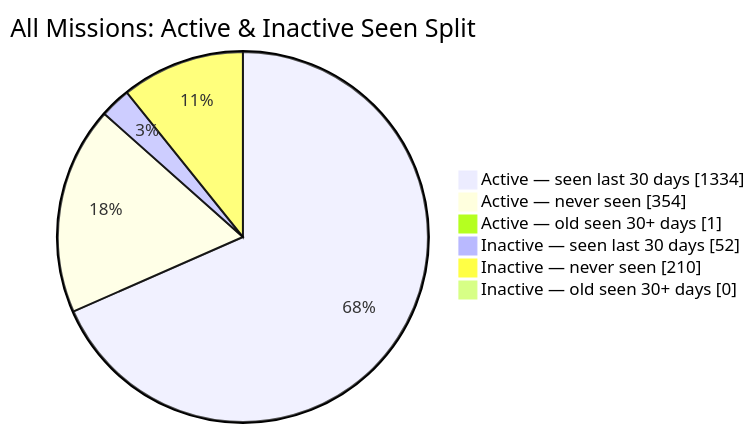
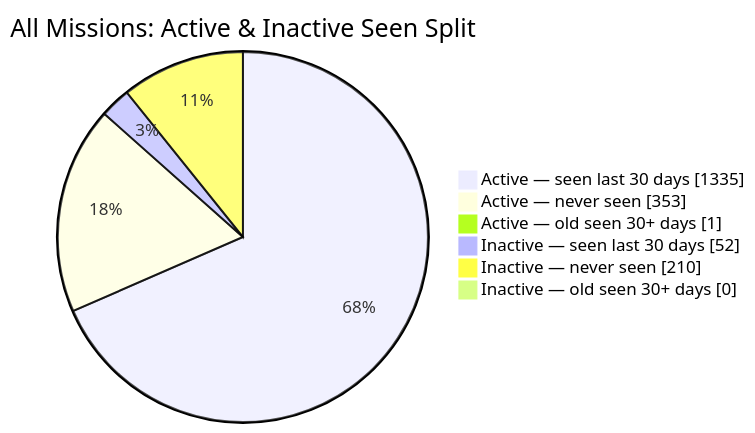
The second of 2 diagrams in README.md (MeldkamerspelGameTeam/active-missions), drawn with Mermaid before and after one commit. The commit also changed other lines of this file and 2 other files, not shown here.

````diff
--- a/README.md
+++ b/README.md
@@ -44,10 +44,10 @@
 ```mermaid
 pie showData
     title All Missions: Active & Inactive Seen Split
-    "Active — seen last 30 days" : 1334
-    "Active — never seen" : 354
+    "Active — seen last 30 days" : 1335
+    "Active — never seen" : 353
     "Active — old seen 30+ days" : 1
     "Inactive — seen last 30 days" : 52
     "Inactive — never seen" : 210
     "Inactive — old seen 30+ days" : 0
 ```
````
